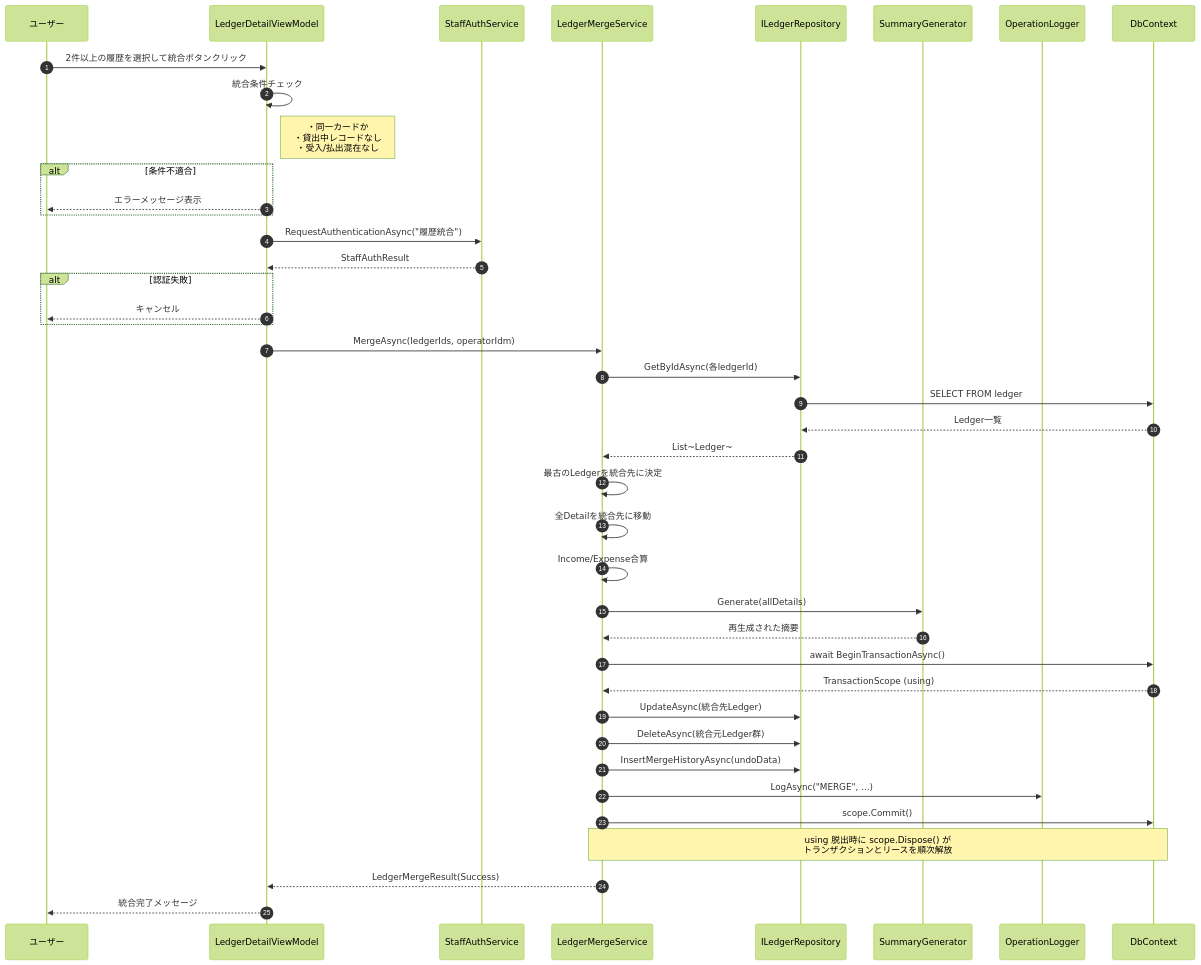
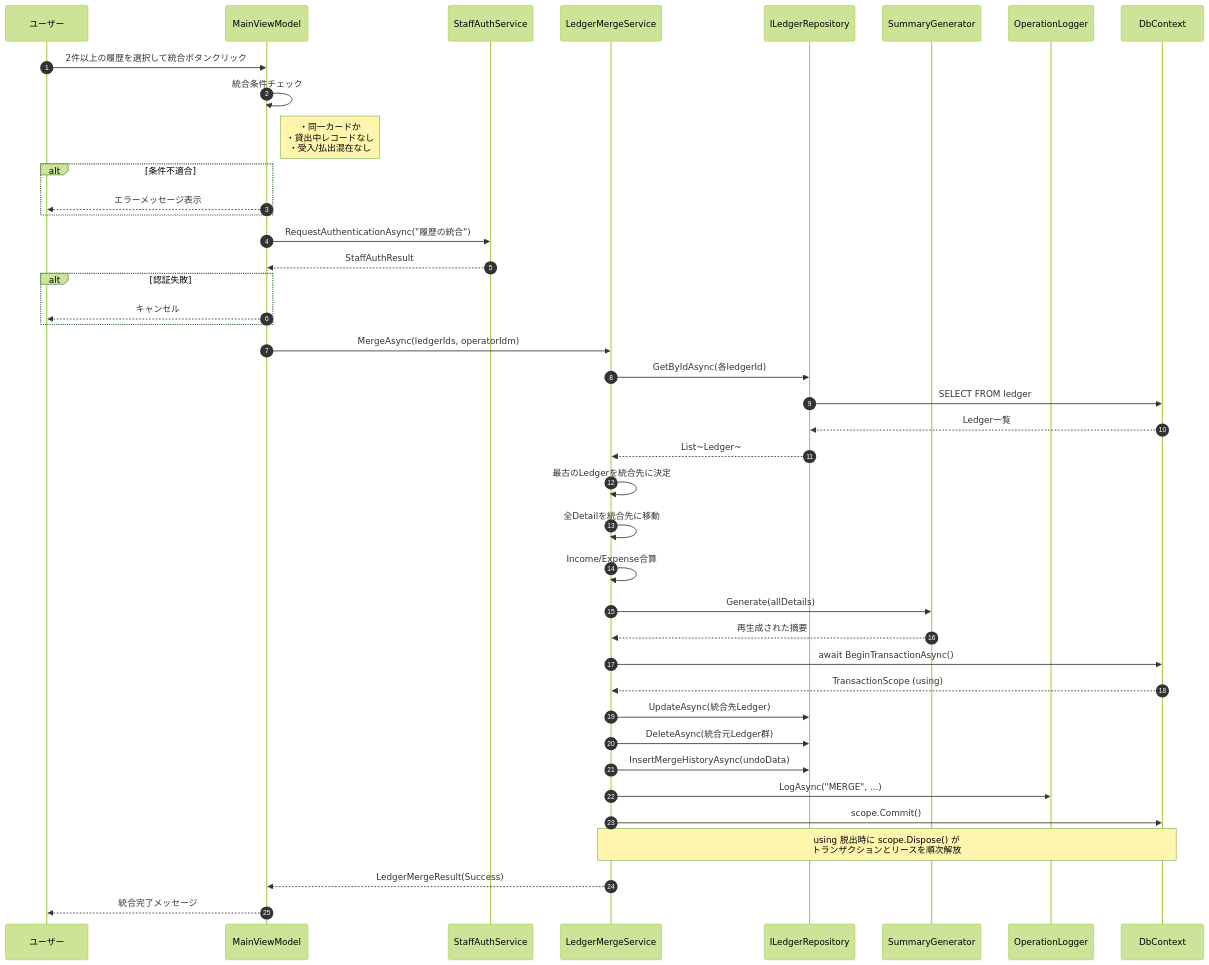
The ninth of 14 diagrams in ICCardManager/docs/design/06_シーケンス図.md (kuwayamamasayuki/ICCardManager), drawn with Mermaid (forest theme) before and after one commit. The commit also changed other lines of this file and 3 other files, not shown here.

First line of the commit message:
docs: ドリフト監査 G グループ（設計書クラス図/シーケンス図 medium/low 3件）を実態へ同期 (#1663)

````diff
--- a/ICCardManager/docs/design/06_シーケンス図.md
+++ b/ICCardManager/docs/design/06_シーケンス図.md
@@ -489,53 +489,53 @@
 ```mermaid
 sequenceDiagram
     autonumber
     participant User as ユーザー
-    participant VM as LedgerDetailViewModel
+    participant VM as MainViewModel
     participant Auth as StaffAuthService
     participant MS as LedgerMergeService
     participant LR as ILedgerRepository
     participant SG as SummaryGenerator
     participant OL as OperationLogger
     participant DB as DbContext
 
     User->>VM: 2件以上の履歴を選択して統合ボタンクリック
 
     VM->>VM: 統合条件チェック
     Note right of VM: ・同一カードか<br/>・貸出中レコードなし<br/>・受入/払出混在なし
 
     alt 条件不適合
         VM-->>User: エラーメッセージ表示
     end
 
-    VM->>Auth: RequestAuthenticationAsync("履歴統合")
+    VM->>Auth: RequestAuthenticationAsync("履歴の統合")
     Auth-->>VM: StaffAuthResult
 
     alt 認証失敗
         VM-->>User: キャンセル
     end
 
     VM->>MS: MergeAsync(ledgerIds, operatorIdm)
 
     MS->>LR: GetByIdAsync(各ledgerId)
     LR->>DB: SELECT FROM ledger
     DB-->>LR: Ledger一覧
     LR-->>MS: List~Ledger~
 
     MS->>MS: 最古のLedgerを統合先に決定
     MS->>MS: 全Detailを統合先に移動
     MS->>MS: Income/Expense合算
     MS->>SG: Generate(allDetails)
     SG-->>MS: 再生成された摘要
 
     MS->>DB: await BeginTransactionAsync()
     DB-->>MS: TransactionScope (using)
     MS->>LR: UpdateAsync(統合先Ledger)
     MS->>LR: DeleteAsync(統合元Ledger群)
     MS->>LR: InsertMergeHistoryAsync(undoData)
     MS->>OL: LogAsync("MERGE", ...)
     MS->>DB: scope.Commit()
     Note over MS,DB: using 脱出時に scope.Dispose() が<br/>トランザクションとリースを順次解放
 
     MS-->>VM: LedgerMergeResult(Success)
     VM-->>User: 統合完了メッセージ
 ```
````
